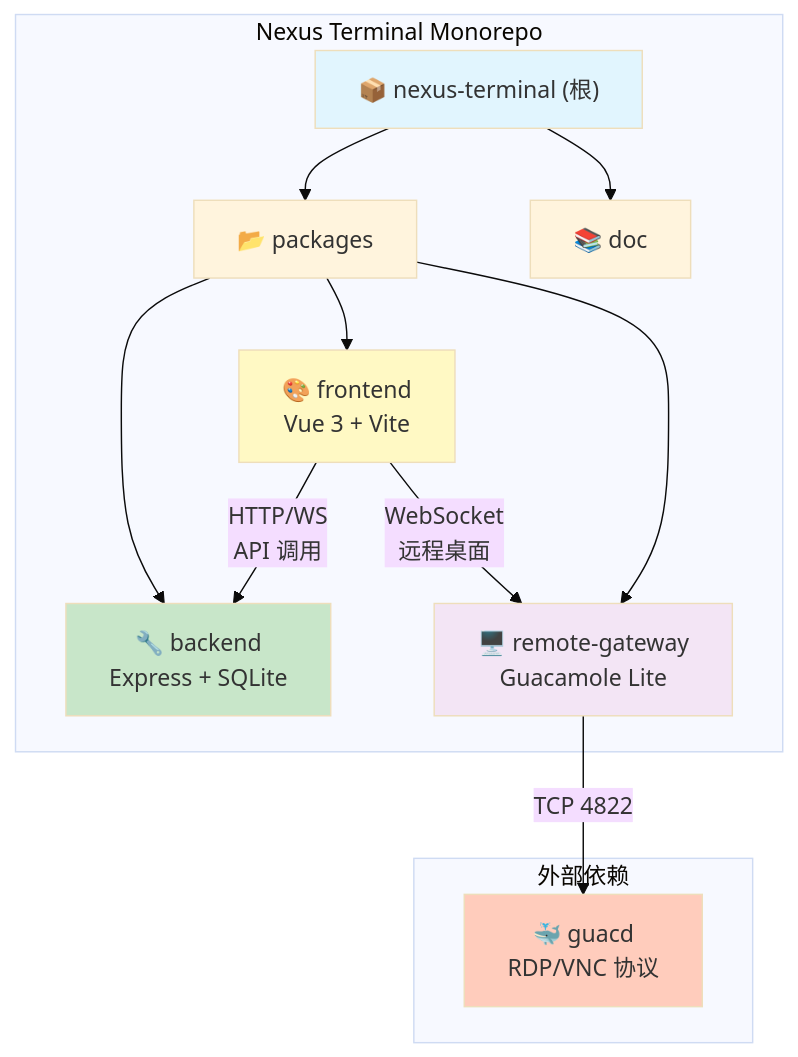
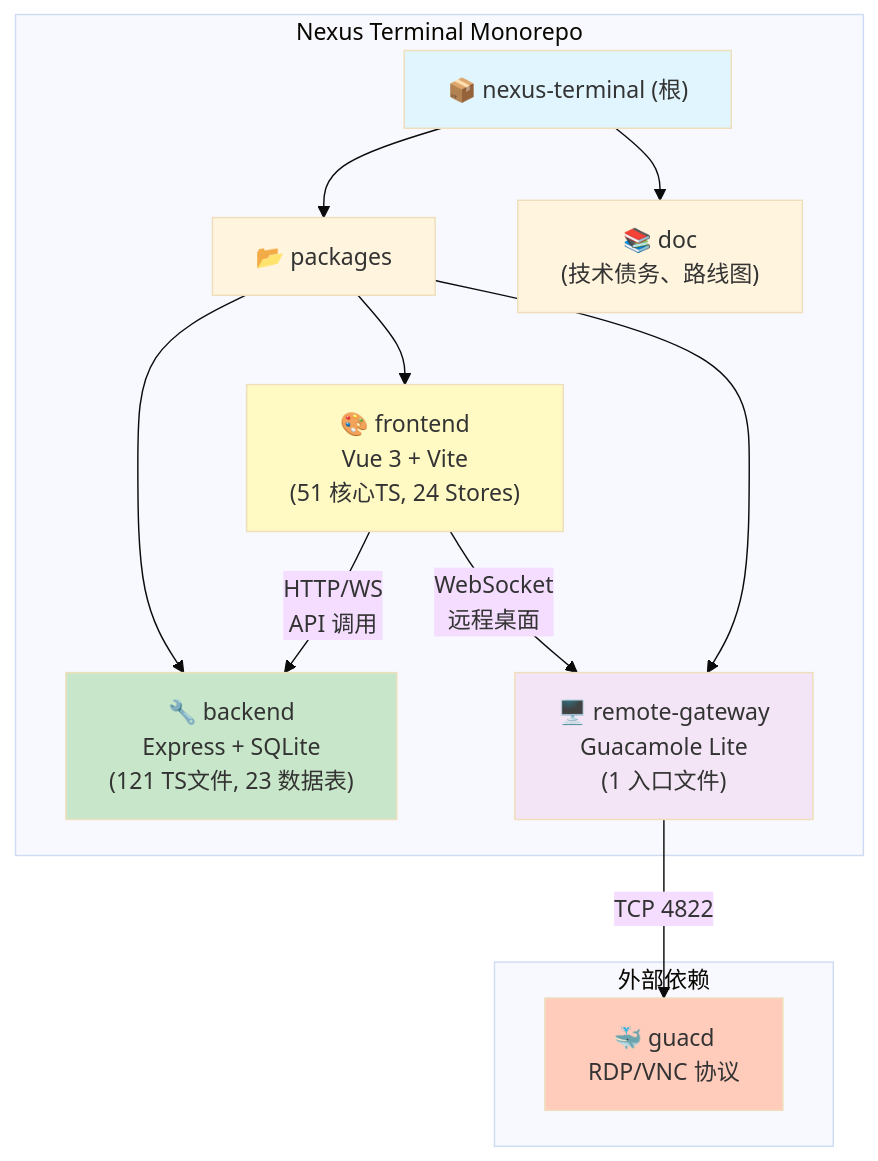
Before and after one commit to 0honus0/nexus-terminal: the first of 2 diagrams in CLAUDE.md, drawn with Mermaid (base theme). The commit also changed other lines of this file and 27 other files, not shown here.

````diff
--- a/CLAUDE.md
+++ b/CLAUDE.md
@@ -56,28 +75,28 @@
 ```mermaid
 graph TD
     subgraph "Nexus Terminal Monorepo"
         A["📦 nexus-terminal (根)"] --> B["📂 packages"]
-        B --> C["🔧 backend<br/>Express + SQLite"]
-        B --> D["🎨 frontend<br/>Vue 3 + Vite"]
-        B --> E["🖥️ remote-gateway<br/>Guacamole Lite"]
-        A --> F["📚 doc"]
+        B --> C["🔧 backend<br/>Express + SQLite<br/>(121 TS文件, 23 数据表)"]
+        B --> D["🎨 frontend<br/>Vue 3 + Vite<br/>(51 核心TS, 24 Stores)"]
+        B --> E["🖥️ remote-gateway<br/>Guacamole Lite<br/>(1 入口文件)"]
+        A --> F["📚 doc<br/>(技术债务、路线图)"]
     end
 
     subgraph "外部依赖"
         G["🐳 guacd<br/>RDP/VNC 协议"]
     end
 
     D -- "HTTP/WS<br/>API 调用" --> C
     D -- "WebSocket<br/>远程桌面" --> E
     E -- "TCP 4822" --> G
 
     click C "./packages/backend/CLAUDE.md" "查看 backend 模块文档"
     click D "./packages/frontend/CLAUDE.md" "查看 frontend 模块文档"
     click E "./packages/remote-gateway/CLAUDE.md" "查看 remote-gateway 模块文档"
 
     style A fill:#e1f5fe
     style C fill:#c8e6c9
     style D fill:#fff9c4
     style E fill:#f3e5f5
     style G fill:#ffccbc
 ```
````
